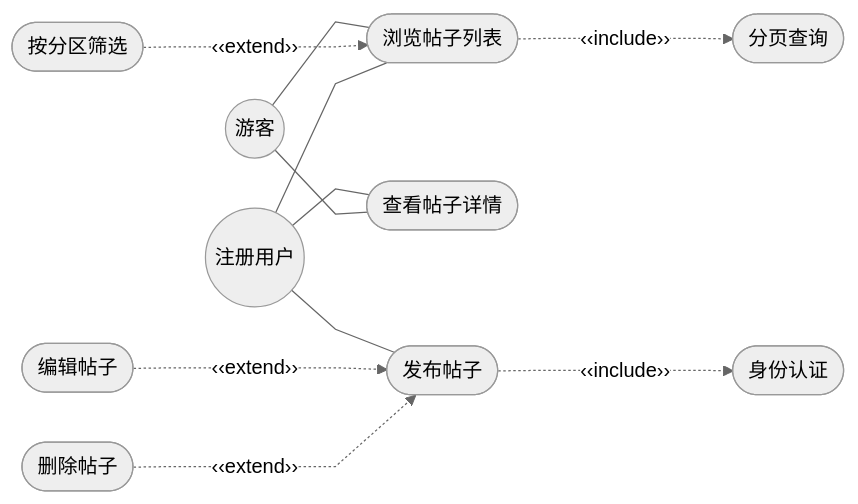
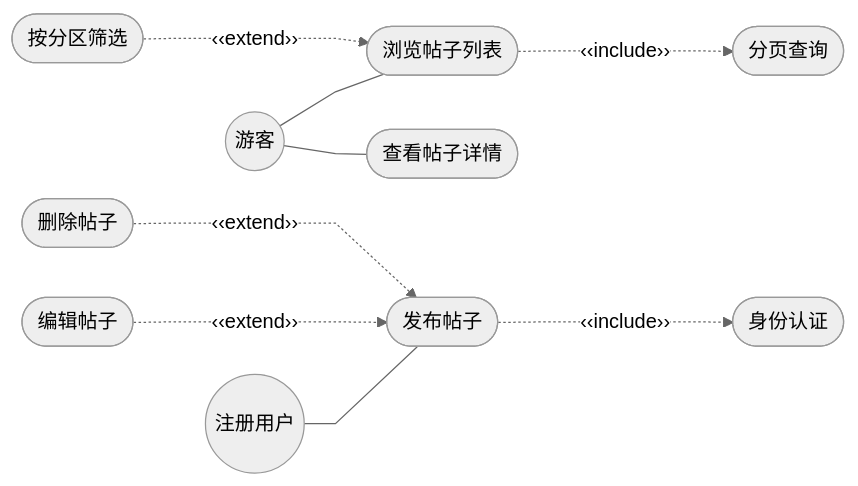
Before and after one commit to Wkjlovec/graduation_project_zhuang: the diagram in docs/diagrams/fig3-3-post-usecase.mmd, drawn with Mermaid. The commit also changed 4 other files, not shown here.

Commit message:
docs: 图3-3/3-4消除交叉(每个Actor仅连其独有用例), 同步更新正文说明

```diff
--- a/docs/diagrams/fig3-3-post-usecase.mmd
+++ b/docs/diagrams/fig3-3-post-usecase.mmd
@@ -1,12 +1,10 @@
 %%{init: {'theme': 'neutral', 'flowchart': {'curve': 'linear', 'rankSpacing': 50, 'nodeSpacing': 40}}}%%
 graph LR
     Guest((游客)) --- UC1([浏览帖子列表])
+    Guest --- UC3([查看帖子详情])
     UC1 -..->|"‹‹include››"| UC2([分页查询])
     UC6([按分区筛选]) -..->|"‹‹extend››"| UC1
-    User((注册用户)) --- UC1
-    User --- UC3([查看帖子详情])
-    Guest --- UC3
-    User --- UC4([发布帖子])
+    User((注册用户)) --- UC4([发布帖子])
     UC4 -..->|"‹‹include››"| UC5([身份认证])
     UC7([编辑帖子]) -..->|"‹‹extend››"| UC4
     UC8([删除帖子]) -..->|"‹‹extend››"| UC4
```
